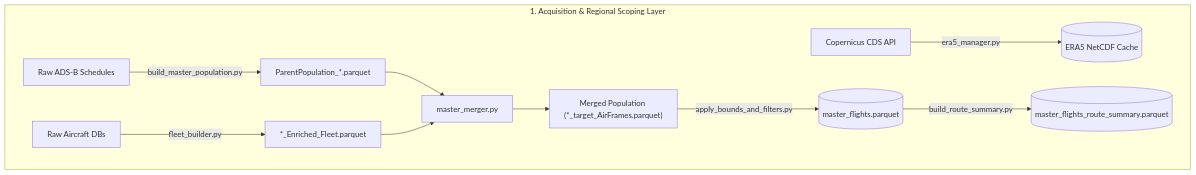
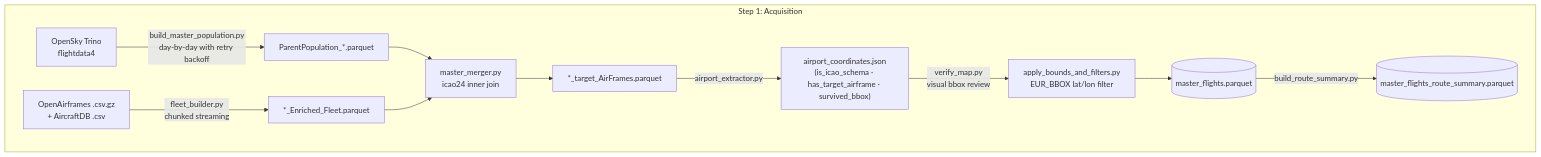
Before and after one commit to Bauzement123/flight-physics-pipeline: the first of 8 diagrams in README.md, drawn with Mermaid. The commit also changed other lines of this file and 1 other file, not shown here.

First line of the commit message:
docs: refactor README and Architecture Blueprint for 8-step pipeline

````diff
--- a/README.md
+++ b/README.md
@@ -11,16 +13,14 @@
 ```mermaid
 flowchart TD
-    subgraph Acquisition ["1. Acquisition & Regional Scoping Layer"]
-        A1[Raw ADS-B Schedules] -->|build_master_population.py| A2["ParentPopulation_*.parquet"]
-        B1[Raw Aircraft DBs] -->|fleet_builder.py| B2["*_Enriched_Fleet.parquet"]
-        W1[Copernicus CDS API] -->|era5_manager.py| W2[(ERA5 NetCDF Cache)]
-        
-        A2 --> M[master_merger.py]
+    subgraph Acquisition ["Step 1: Acquisition"]
+        A1["OpenSky Trino\nflightdata4"] -->|"build_master_population.py\nday-by-day with retry backoff"| A2["ParentPopulation_*.parquet"]
+        B1["OpenAirframes .csv.gz\n+ AircraftDB .csv"] -->|"fleet_builder.py\nchunked streaming"| B2["*_Enriched_Fleet.parquet"]
+        A2 --> M["master_merger.py\nicao24 inner join"]
         B2 --> M
-        M --> M2["Merged Population (*_target_AirFrames.parquet)"]
-        
-        M2 -->|apply_bounds_and_filters.py| C[(master_flights.parquet)]
-        
-        C -->|build_route_summary.py| D[(master_flights_route_summary.parquet)]
+        M --> C["*_target_AirFrames.parquet"]
+        C -->|airport_extractor.py| AX["airport_coordinates.json\n(is_icao_schema · has_target_airframe · survived_bbox)"]
+        AX -->|"verify_map.py\nvisual bbox review"| BF["apply_bounds_and_filters.py\nEUR_BBOX lat/lon filter"]
+        BF --> D[("master_flights.parquet")]
+        D -->|build_route_summary.py| E[("master_flights_route_summary.parquet")]
     end
 ```
````
